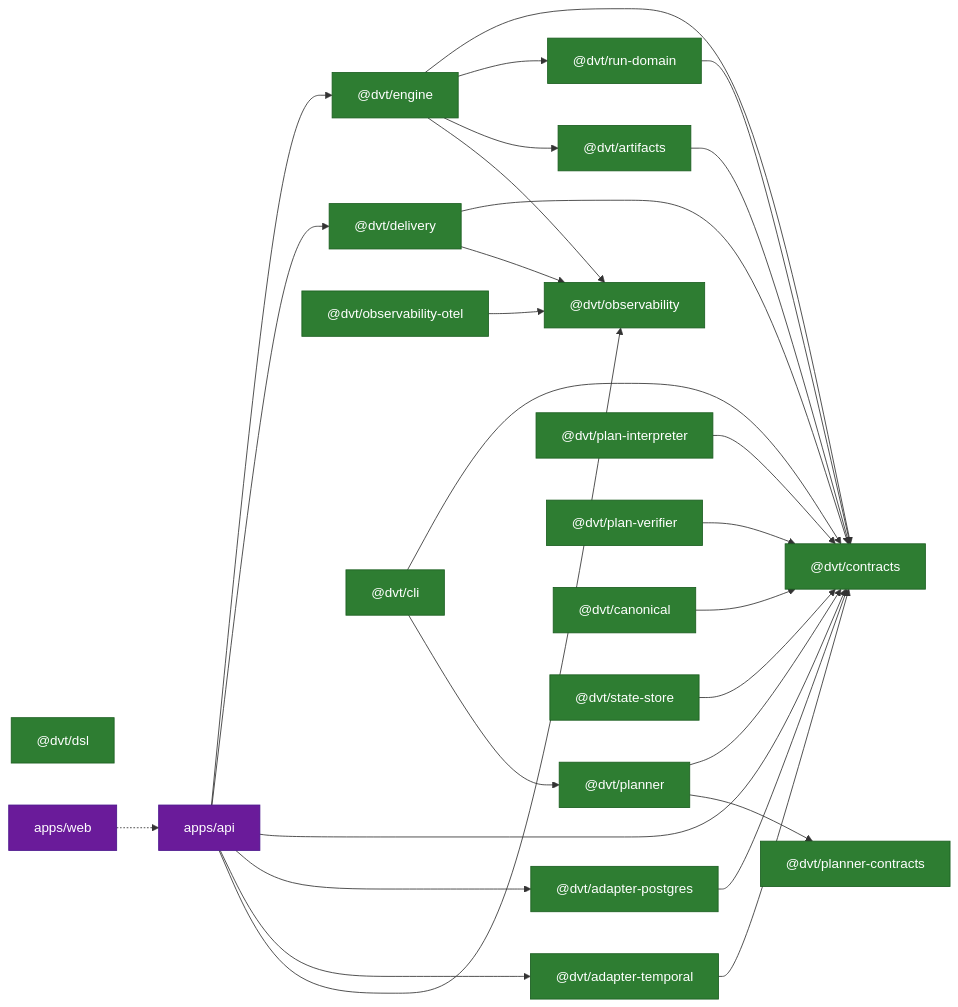
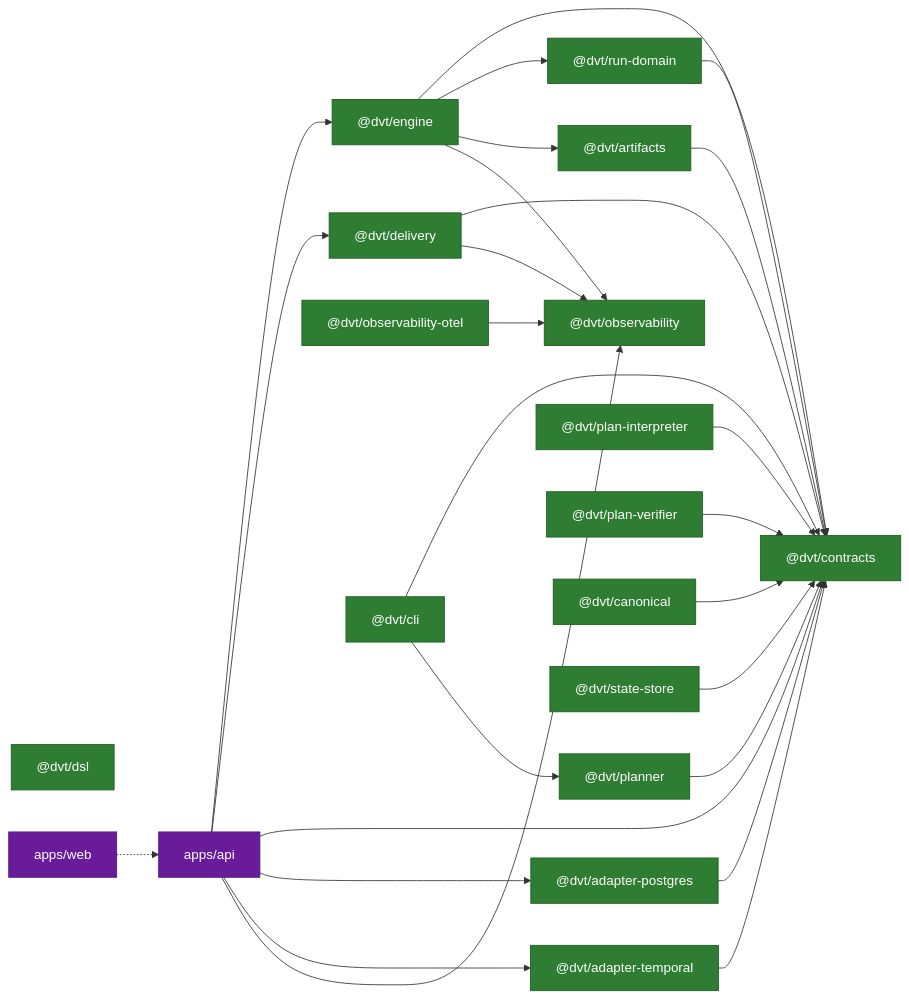
One commit to dunay2/dvt changed the third of 4 diagrams in docs/architecture/diagrams/implementation-architecture-diagrams.md. Above: the diagram before and after it, drawn with Mermaid. The commit also changed other lines of this file and 14 other files, not shown here.

Commit message:
refactor(planner): Retire obsolete planner contracts workspace (#2593)

````diff
--- a/docs/architecture/diagrams/implementation-architecture-diagrams.md
+++ b/docs/architecture/diagrams/implementation-architecture-diagrams.md
@@ -293,55 +291,53 @@
 ```mermaid
 flowchart LR
   classDef impl fill:#2E7D32,color:#fff,stroke:#1B5E20
   classDef planned fill:#FF9800,color:#fff,stroke:#E65100,stroke-dasharray:5 5
   classDef app fill:#6A1B9A,color:#fff,stroke:#4A148C
 
   contracts["@dvt/contracts"]:::impl
   rundomain["@dvt/run-domain"]:::impl
   engine["@dvt/engine"]:::impl
   temporal["@dvt/adapter-temporal"]:::impl
   pgadapter["@dvt/adapter-postgres"]:::impl
   delivery["@dvt/delivery"]:::impl
   obs["@dvt/observability"]:::impl
   obsotel["@dvt/observability-otel"]:::impl
   artifacts["@dvt/artifacts"]:::impl
   planner["@dvt/planner"]:::impl
-  plancontracts["@dvt/planner-contracts"]:::impl
   interpreter["@dvt/plan-interpreter"]:::impl
   verifier["@dvt/plan-verifier"]:::impl
   canonical["@dvt/canonical"]:::impl
   dsl["@dvt/dsl"]:::impl
   statestore["@dvt/state-store"]:::impl
   cli["@dvt/cli"]:::impl
   api["apps/api"]:::app
   web["apps/web"]:::app
 
   engine --> contracts
   engine --> rundomain
   engine --> artifacts
   engine --> obs
   rundomain --> contracts
   temporal --> contracts
   pgadapter --> contracts
   delivery --> contracts
   delivery --> obs
   planner --> contracts
-  planner --> plancontracts
   interpreter --> contracts
   verifier --> contracts
   canonical --> contracts
   artifacts --> contracts
   statestore --> contracts
   obsotel --> obs
   cli --> contracts
   cli --> planner
 
   api --> engine
   api --> delivery
   api --> contracts
   api --> pgadapter
   api --> temporal
   api --> obs
 
   web -.-> api
 ```
````
